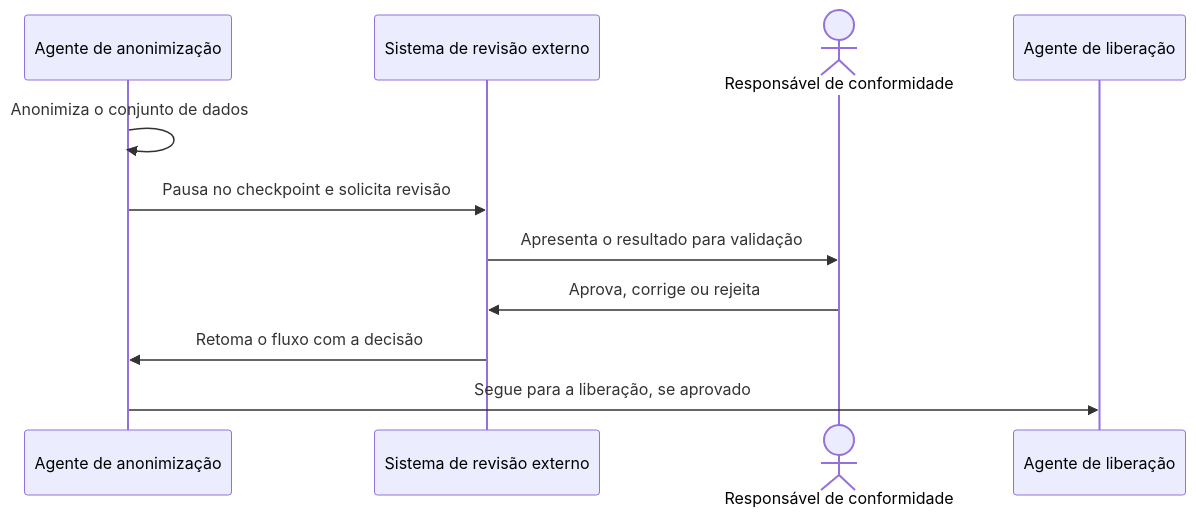
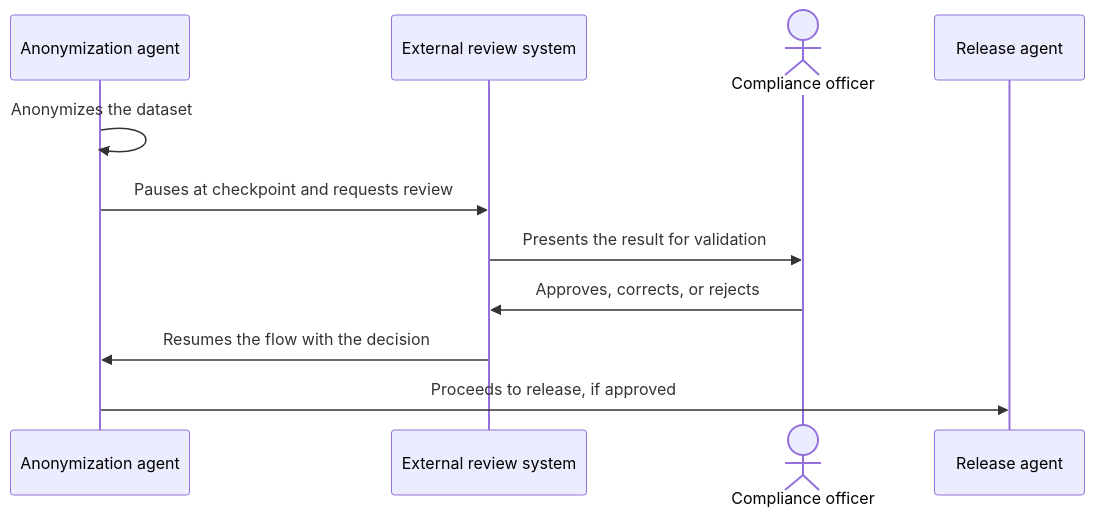
One commit to alancesar/design-patterns changed the diagram in docs/ai/agentic-ai/special-requirements/human-in-the-loop.md. Above: the diagram before and after it, drawn with Mermaid. The commit also changed 258 other files, not shown here.

First line of the commit message:
Translate Mermaid diagrams to English

````diff
--- a/docs/ai/agentic-ai/special-requirements/human-in-the-loop.md
+++ b/docs/ai/agentic-ai/special-requirements/human-in-the-loop.md
@@ -54,13 +54,13 @@
 ```mermaid
 sequenceDiagram
-    participant A1 as Agente de anonimização
-    participant S as Sistema de revisão externo
-    actor H as Responsável de conformidade
-    participant A2 as Agente de liberação
-    A1->>A1: Anonimiza o conjunto de dados
-    A1->>S: Pausa no checkpoint e solicita revisão
-    S->>H: Apresenta o resultado para validação
-    H->>S: Aprova, corrige ou rejeita
-    S->>A1: Retoma o fluxo com a decisão
-    A1->>A2: Segue para a liberação, se aprovado
+    participant A1 as Anonymization agent
+    participant S as External review system
+    actor H as Compliance officer
+    participant A2 as Release agent
+    A1->>A1: Anonymizes the dataset
+    A1->>S: Pauses at checkpoint and requests review
+    S->>H: Presents the result for validation
+    H->>S: Approves, corrects, or rejects
+    S->>A1: Resumes the flow with the decision
+    A1->>A2: Proceeds to release, if approved
 ```
````
